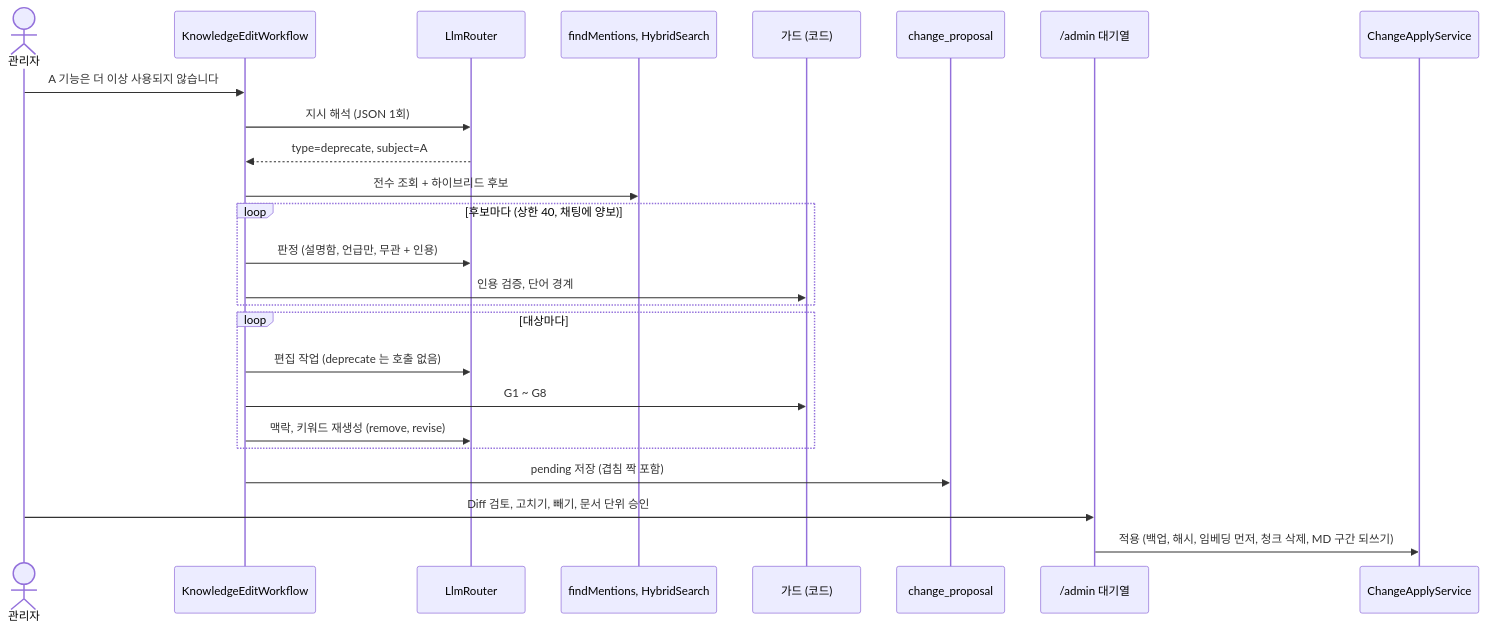
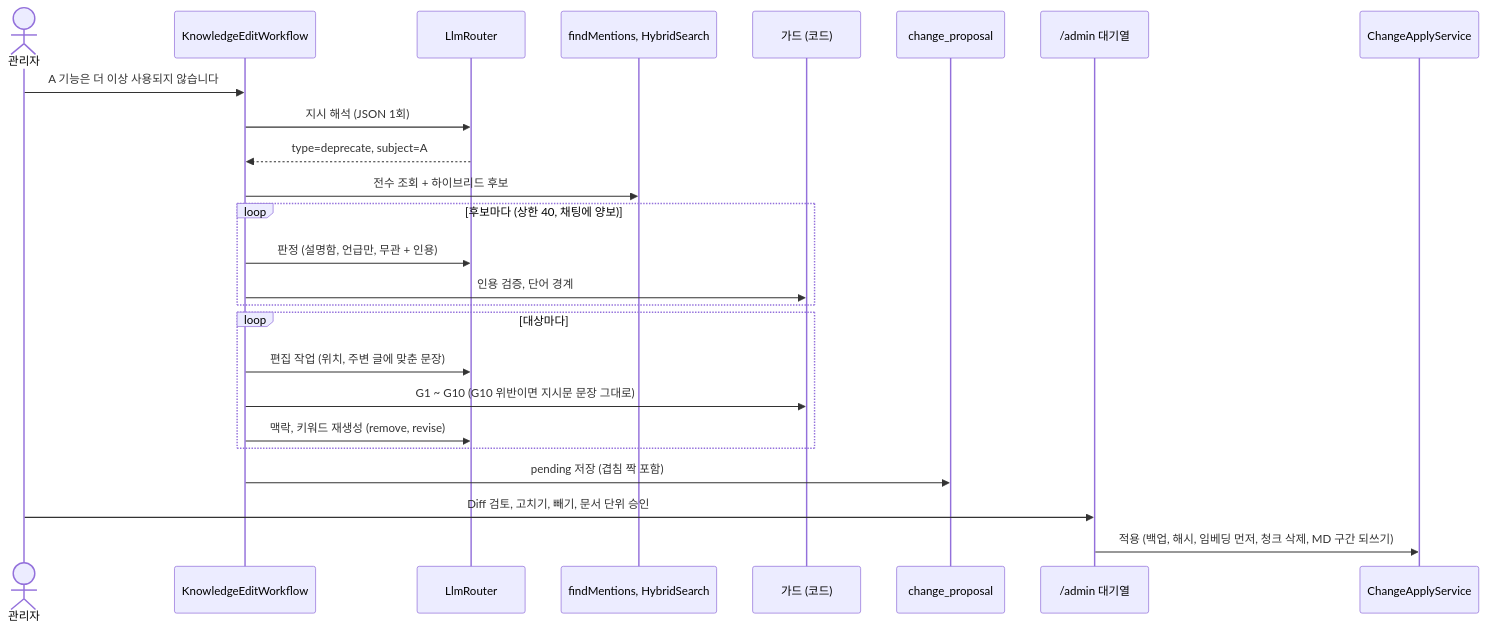
One commit to skax-sh-min/RAG-Agent changed the tenth of 11 diagrams in documents/AGENT_MCP_DESIGN.md. Above: the diagram before and after it, drawn with Mermaid. The commit also changed other lines of this file and 4 other files, not shown here.

````diff
--- a/documents/AGENT_MCP_DESIGN.md
+++ b/documents/AGENT_MCP_DESIGN.md
@@ -1345,27 +1360,27 @@
 ```mermaid
 sequenceDiagram
     actor A as 관리자
     participant W as KnowledgeEditWorkflow
     participant L as LlmRouter
     participant K as findMentions, HybridSearch
     participant G as 가드 (코드)
     participant P as change_proposal
     participant UI as /admin 대기열
     participant X as ChangeApplyService
     A->>W: A 기능은 더 이상 사용되지 않습니다
     W->>L: 지시 해석 (JSON 1회)
     L-->>W: type=deprecate, subject=A
     W->>K: 전수 조회 + 하이브리드 후보
     loop 후보마다 (상한 40, 채팅에 양보)
         W->>L: 판정 (설명함, 언급만, 무관 + 인용)
         W->>G: 인용 검증, 단어 경계
     end
     loop 대상마다
-        W->>L: 편집 작업 (deprecate 는 호출 없음)
-        W->>G: G1 ~ G8
+        W->>L: 편집 작업 (위치, 주변 글에 맞춘 문장)
+        W->>G: G1 ~ G10 (G10 위반이면 지시문 문장 그대로)
         W->>L: 맥락, 키워드 재생성 (remove, revise)
     end
     W->>P: pending 저장 (겹침 짝 포함)
     A->>UI: Diff 검토, 고치기, 빼기, 문서 단위 승인
     UI->>X: 적용 (백업, 해시, 임베딩 먼저, 청크 삭제, MD 구간 되쓰기)
 ```
````
